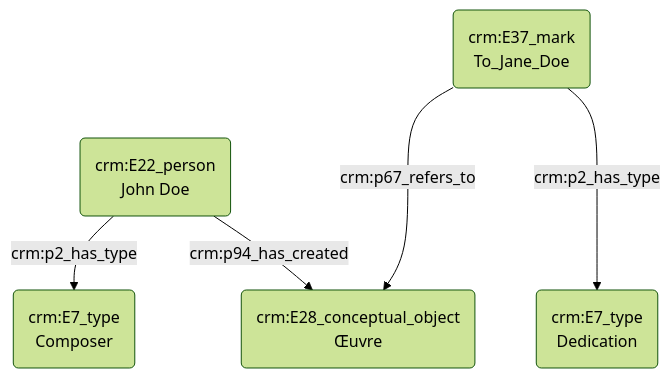
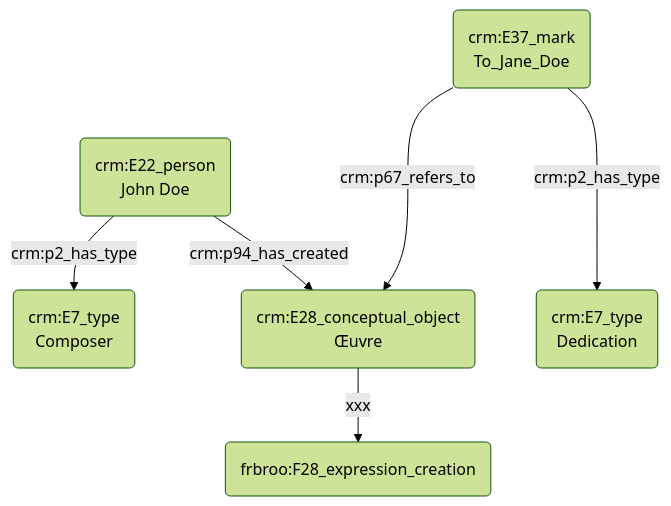
The diagram in modules/livrables/Dossier 2/Indexation conceptuelle/dédicataire d'une œuvre.md (Amleth/consortium-musica2-gt2-ontologies), drawn with Mermaid (forest theme) before and after one commit.

Commit message:
Update dédicataire d'une œuvre.md

````diff
--- a/modules/livrables/Dossier 2/Indexation conceptuelle/dédicataire d'une œuvre.md
+++ b/modules/livrables/Dossier 2/Indexation conceptuelle/dédicataire d'une œuvre.md
@@ -13,9 +13,10 @@
 ```mermaid
 graph TD;
 
 A(crm:E22_person<br>John Doe) --> |crm:p2_has_type| B(crm:E7_type<br>Composer)
 A(crm:E22_person<br>John Doe) --> |crm:p94_has_created| C(crm:E28_conceptual_object<br>Œuvre)
-D(crm:E37_mark<br>To_Jane_Doe) ---> |crm:p67_refers_to|C(crm:E28_conceptual_object<br>Œuvre) 
+D(crm:E37_mark<br>To_Jane_Doe) ---> |crm:p67_refers_to| C(crm:E28_conceptual_object<br>Œuvre)
+C(crm:E28_conceptual_object<br>Œuvre) --> |xxx| F(frbroo:F28_expression_creation)
 D(crm:E37_mark<br>To_Jane_Doe) ---> |crm:p2_has_type| E(crm:E7_type<br>Dedication)
 
 ```
````
